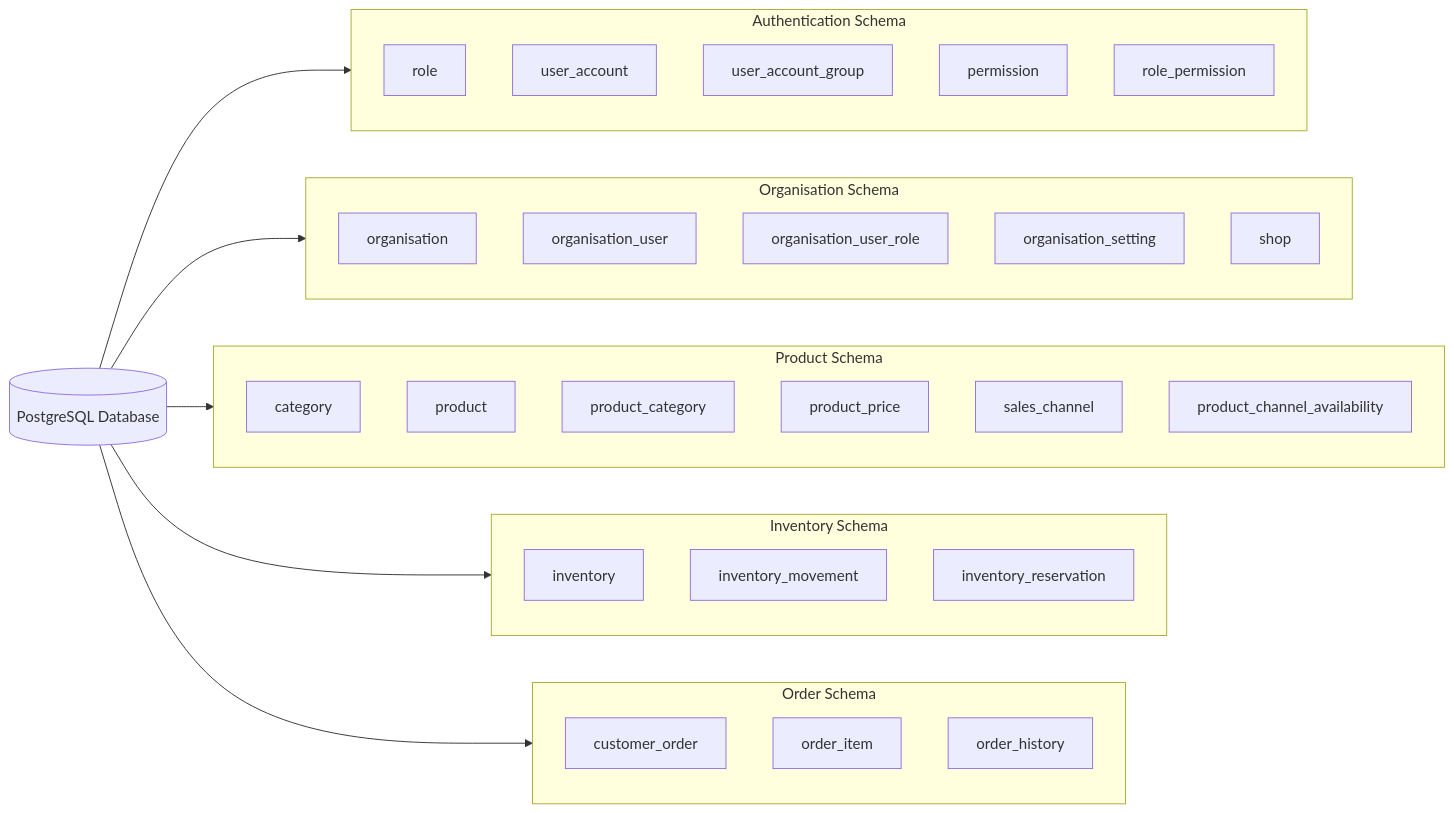
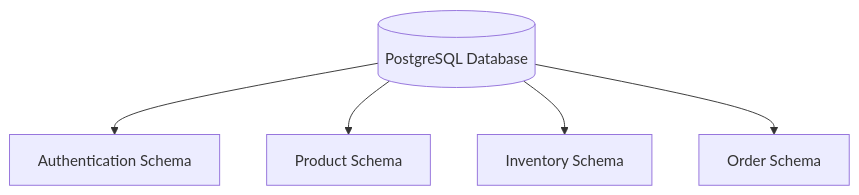
One commit to va4815/stockflow-docs changed the diagram in database/database-overview.md. Above: the diagram before and after it, drawn with Mermaid. The commit also changed other lines of this file, not shown here.

Commit message:
refactor database overview

````diff
--- a/database/database-overview.md
+++ b/database/database-overview.md
@@ -12,49 +12,16 @@
 ```mermaid
-flowchart LR
+flowchart TB
 
     PostgreSQL[("PostgreSQL Database")]
 
-    subgraph AuthenticationSchema["Authentication Schema"]
-        Role["role"]
-        UserAccount["user_account"]
-        UserAccountGroup["user_account_group"]
-        Permission["permission"]
-        RolePermission["role_permission"]
-    end
-
-    subgraph OrganisationSchema["Organisation Schema"]
-        Organisation["organisation"]
-        OrganisationUser["organisation_user"]
-        OrganisationUserRole["organisation_user_role"]
-        OrganisationSetting["organisation_setting"]
-        Shop["shop"]
-    end
-
-    subgraph ProductSchema["Product Schema"]
-        Category["category"]
-        Product["product"]
-        ProductCategory["product_category"]
-        ProductPrice["product_price"]
-        SalesChannel["sales_channel"]
-        ProductChannelAvailability["product_channel_availability"]
-    end
-
-    subgraph InventorySchema["Inventory Schema"]
-        Inventory["inventory"]
-        InventoryMovement["inventory_movement"]
-        InventoryReservation["inventory_reservation"]
-    end
-
-    subgraph OrderSchema["Order Schema"]
-        CustomerOrder["customer_order"]
-        OrderItem["order_item"]
-        OrderHistory["order_history"]
-    end
+    AuthenticationSchema["Authentication Schema"]
+    ProductSchema["Product Schema"]
+    InventorySchema["Inventory Schema"]
+    OrderSchema["Order Schema"]
 
     PostgreSQL --> AuthenticationSchema
-    PostgreSQL --> OrganisationSchema
     PostgreSQL --> ProductSchema
     PostgreSQL --> InventorySchema
     PostgreSQL --> OrderSchema
 
 ```
````
